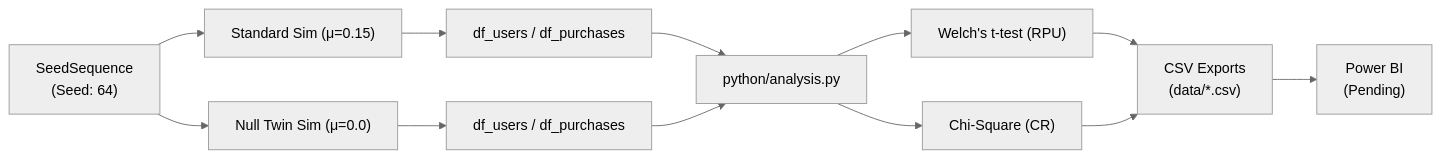
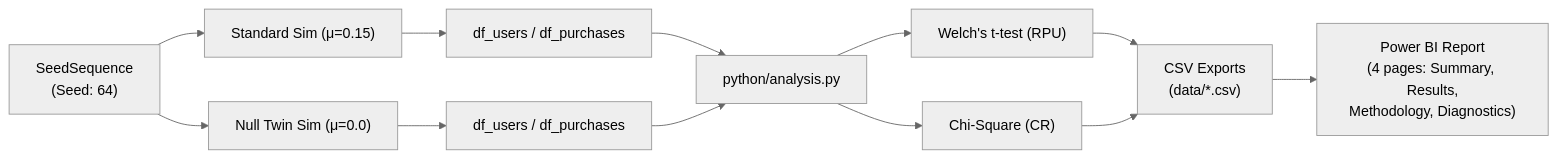
The diagram in README.md (vxqzn/data-pipeline), drawn with Mermaid before and after one commit. The commit also changed other lines of this file and 1 other file, not shown here.

Commit message:
docs: update README with Power BI report description and update status reflecting dashboard completion.

````diff
--- a/README.md
+++ b/README.md
@@ -12,20 +12,20 @@
 ```mermaid
 %%{init: {'theme': 'neutral'}}%%
 graph LR
     Seed["SeedSequence<br/>(Seed: 64)"] --> Std["Standard Sim (μ=0.15)"]
     Seed --> Null["Null Twin Sim (μ=0.0)"]
     
     Std --> StdData["df_users / df_purchases"]
     Null --> NullData["df_users / df_purchases"]
     
     StdData --> Analysis["python/analysis.py"]
     NullData --> Analysis
     
     Analysis --> Welch["Welch's t-test (RPU)"]
     Analysis --> ChiSq["Chi-Square (CR)"]
     
     Welch --> CSV["CSV Exports<br/>(data/*.csv)"]
     ChiSq --> CSV
     
-    CSV --> PowerBI["Power BI<br/>(Pending)"]
+    CSV --> PowerBI["Power BI Report<br/>(4 pages: Summary, Results,<br/>Methodology, Diagnostics)"]
 ```
````
